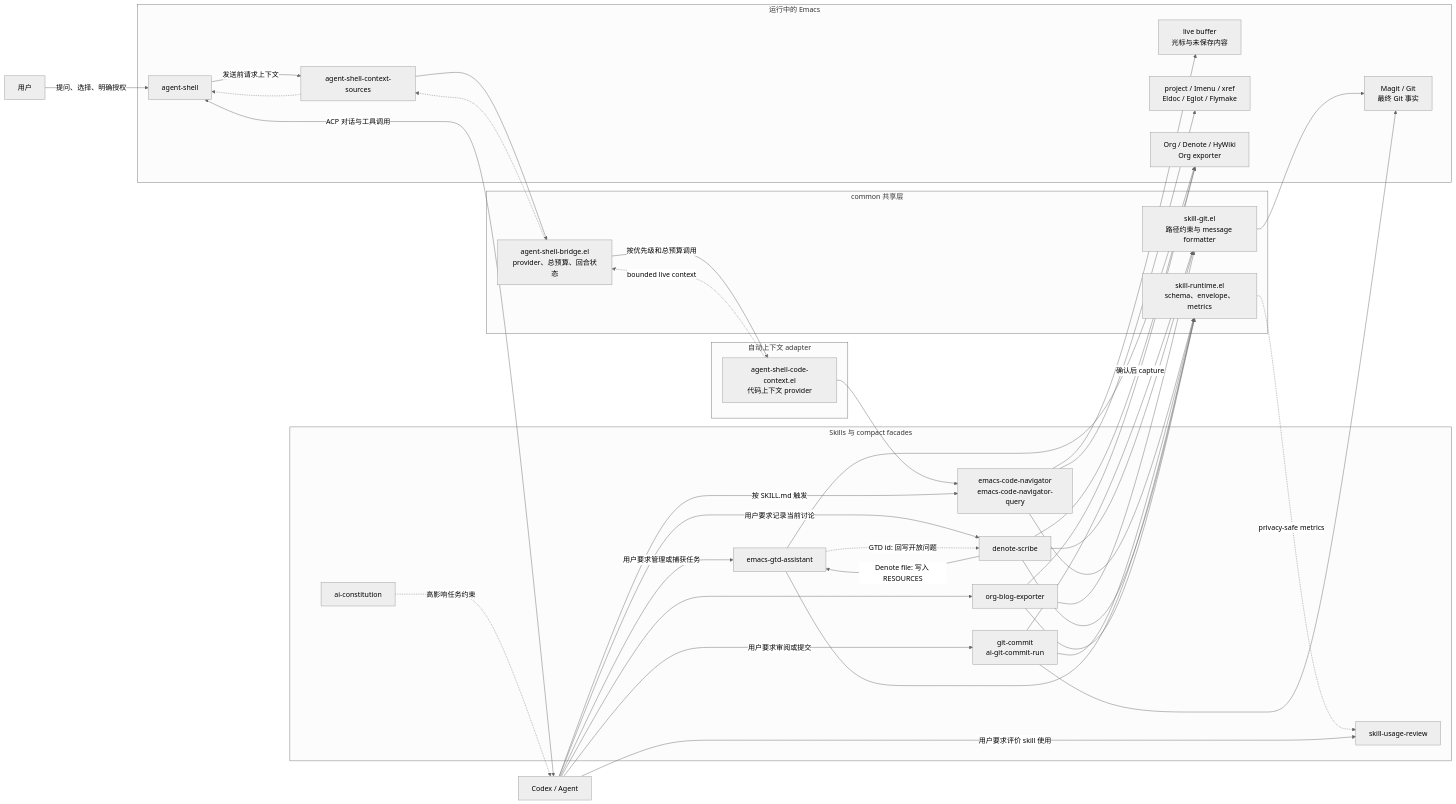
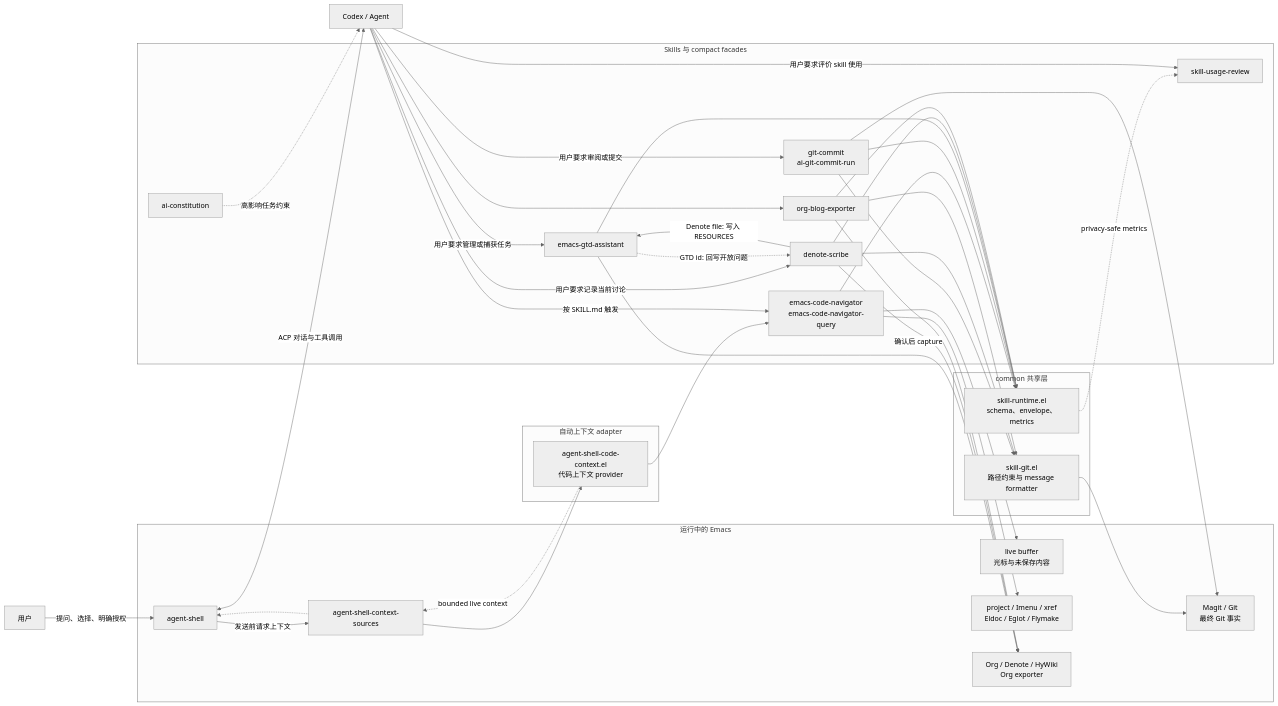
The diagram in README.md (zorowk/skills), drawn with Mermaid (neutral theme) before and after one commit. The commit also changed other lines of this file and 6 other files, not shown here.

First line of the commit message:
refactor(context): connect Agent Shell code context directly

````diff
--- a/README.md
+++ b/README.md
@@ -31,75 +31,72 @@
 ```mermaid
 flowchart LR
     USER["用户"]
     AGENT["Codex / Agent"]
 
     subgraph EMACS["运行中的 Emacs"]
         AS["agent-shell"]
         SOURCES["agent-shell-context-sources"]
         BUFFER["live buffer<br/>光标与未保存内容"]
         CODEAPI["project / Imenu / xref<br/>Eldoc / Eglot / Flymake"]
         ORG["Org / Denote / HyWiki<br/>Org exporter"]
         MAGIT["Magit / Git<br/>最终 Git 事实"]
     end
 
     subgraph COMMON["common 共享层"]
-        BRIDGE["agent-shell-bridge.el<br/>provider、总预算、回合状态"]
         RUNTIME["skill-runtime.el<br/>schema、envelope、metrics"]
         GITCORE["skill-git.el<br/>路径约束与 message formatter"]
     end
 
     subgraph ADAPTERS["自动上下文 adapter"]
         CODECTX["agent-shell-code-context.el<br/>代码上下文 provider"]
     end
 
     subgraph SKILLS["Skills 与 compact facades"]
         NAV["emacs-code-navigator<br/>emacs-code-navigator-query"]
         COMMIT["git-commit<br/>ai-git-commit-run"]
         GTD["emacs-gtd-assistant"]
         SCRIBE["denote-scribe"]
         BLOG["org-blog-exporter"]
         USAGE["skill-usage-review"]
         CONSTITUTION["ai-constitution"]
     end
 
     USER -->|"提问、选择、明确授权"| AS
     AS <-->|"ACP 对话与工具调用"| AGENT
 
     AS -->|"发送前请求上下文"| SOURCES
-    SOURCES --> BRIDGE
-    BRIDGE -->|"按优先级和总预算调用"| CODECTX
+    SOURCES --> CODECTX
     CODECTX --> NAV
     NAV --> BUFFER
     NAV --> CODEAPI
-    CODECTX -.->|"bounded live context"| BRIDGE
-    BRIDGE -.-> SOURCES
+    CODECTX -.->|"bounded live context"| SOURCES
     SOURCES -.-> AS
 
     AGENT -->|"用户要求管理或捕获任务"| GTD
     AGENT -->|"用户要求记录当前讨论"| SCRIBE
     AGENT -->|"用户要求审阅或提交"| COMMIT
     SCRIBE -->|"Denote file: 写入 RESOURCES"| GTD
     GTD -.->|"GTD id: 回写开放问题"| SCRIBE
 
     AGENT -->|"按 SKILL.md 触发"| NAV
     AGENT --> BLOG
     CONSTITUTION -.->|"高影响任务约束"| AGENT
 
     NAV --> RUNTIME
     COMMIT --> RUNTIME
     GTD --> RUNTIME
     SCRIBE --> RUNTIME
     BLOG --> RUNTIME
     COMMIT --> GITCORE
     SCRIBE --> GITCORE
     BLOG --> GITCORE
 
     GTD --> ORG
     SCRIBE -->|"确认后 capture"| ORG
     BLOG --> ORG
     COMMIT --> MAGIT
     GITCORE --> MAGIT
 
     RUNTIME -.->|"privacy-safe metrics"| USAGE
     AGENT -->|"用户要求评价 skill 使用"| USAGE
 ```
````
